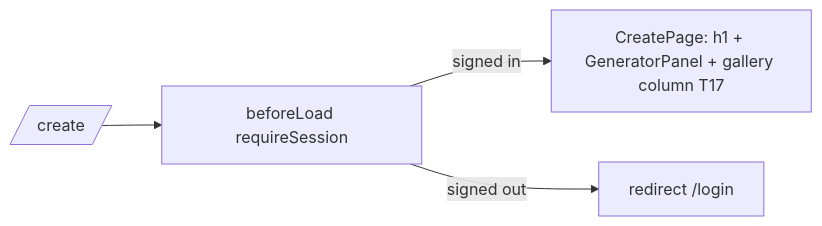
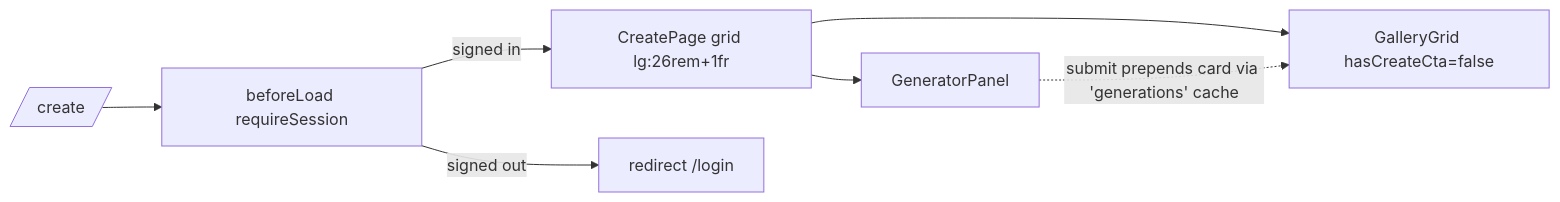
One commit to AzamatRaimbekov2/openCreate changed the diagram in apps/web/src/routes/create.tsx.md. Above: the diagram before and after it, drawn with Mermaid. The commit also changed other lines of this file and 20 other files, not shown here.

````diff
--- a/apps/web/src/routes/create.tsx.md
+++ b/apps/web/src/routes/create.tsx.md
@@ -27,6 +28,9 @@
 ```mermaid
 flowchart LR
   NAV[/create/] --> BL[beforeLoad requireSession]
-  BL -->|signed in| PG[CreatePage: h1 + GeneratorPanel + gallery column T17]
+  BL -->|signed in| PG[CreatePage grid lg:26rem+1fr]
+  PG --> GEN[GeneratorPanel]
+  PG --> GAL[GalleryGrid hasCreateCta=false]
+  GEN -.submit prepends card via 'generations' cache.-> GAL
   BL -->|signed out| RD[redirect /login]
 ```
````
